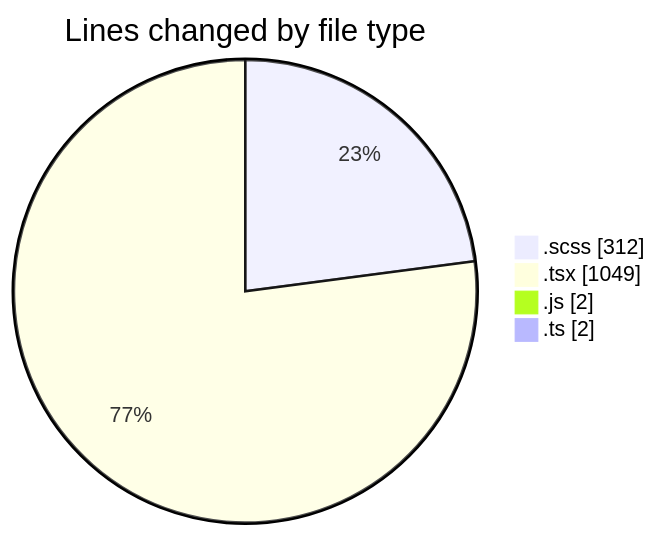
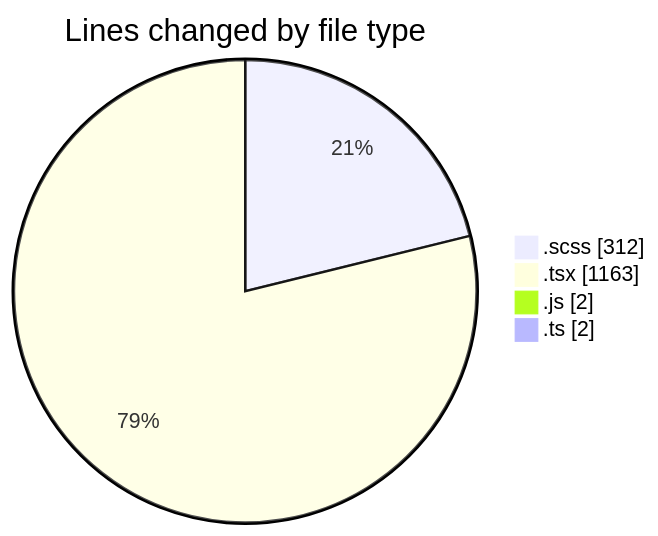
The first of 2 diagrams in 2026-08-10/cda/README.md (momahboobian/code-tracking), drawn with Mermaid before and after one commit. The commit also changed other lines of this file and 1 other file, not shown here.

````diff
--- a/2026-08-10/cda/README.md
+++ b/2026-08-10/cda/README.md
@@ -28,8 +28,8 @@
 ```mermaid
 pie showData
 title Lines changed by file type
 ".scss" : 312
-".tsx" : 1049
+".tsx" : 1163
 ".js" : 2
 ".ts" : 2
 ```
````
